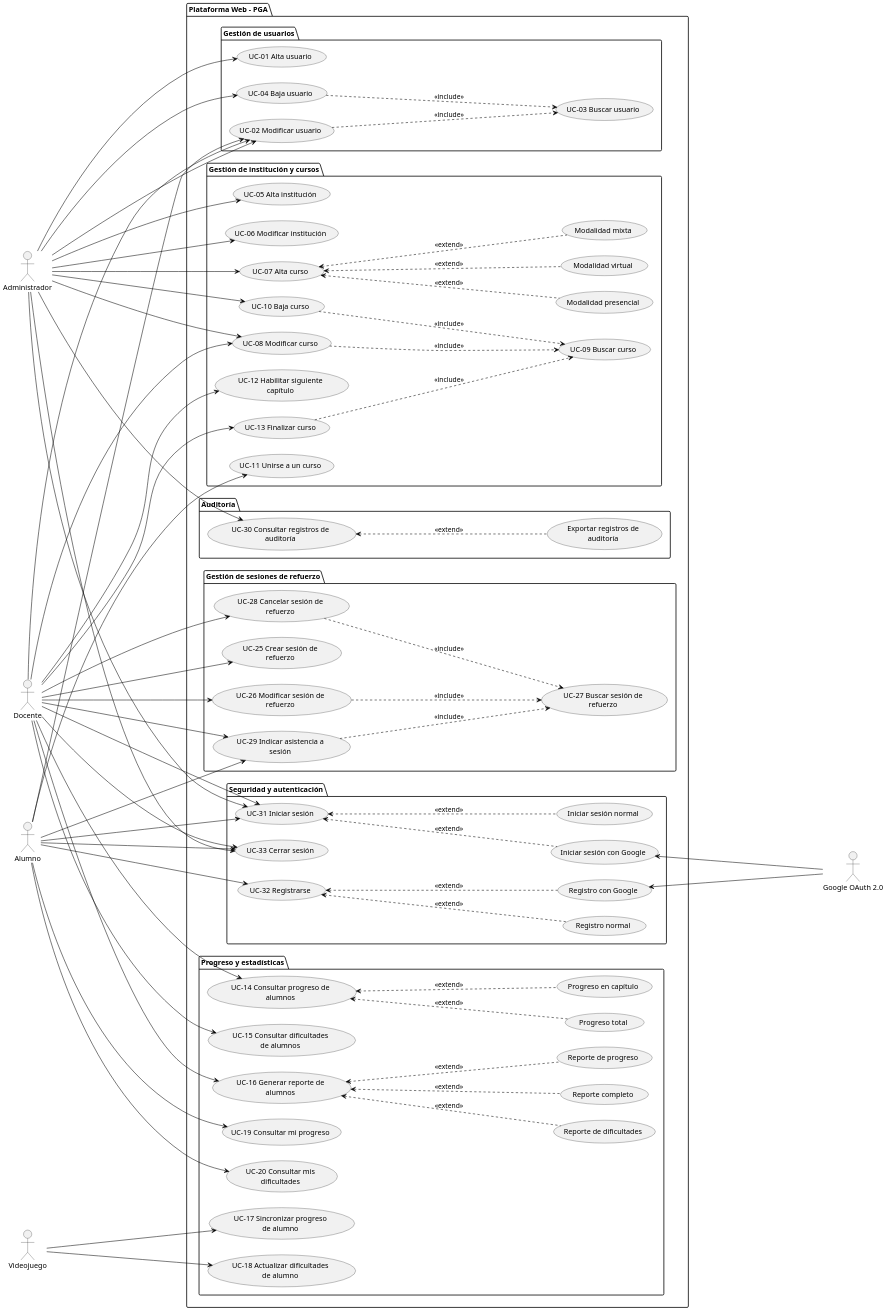
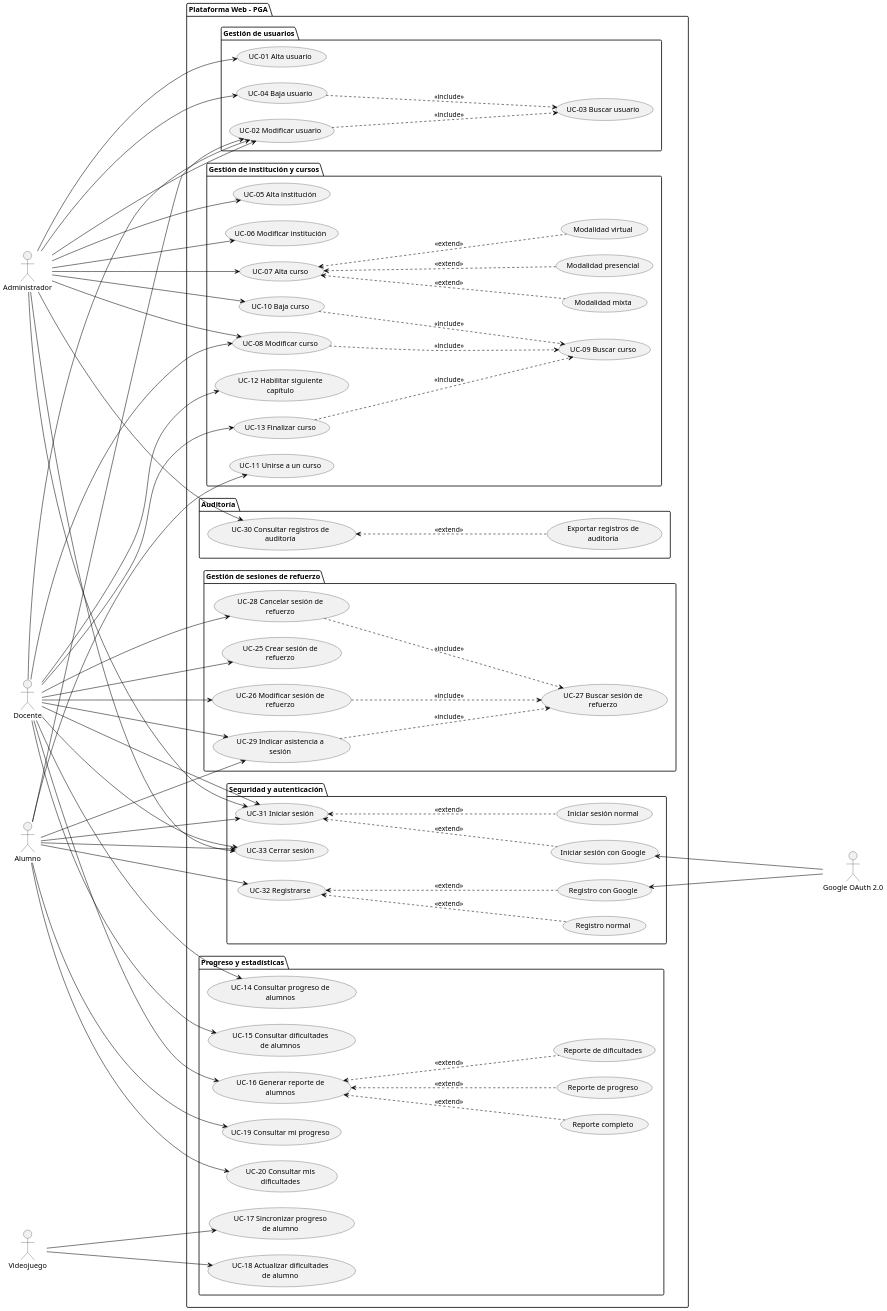
One commit to francoalbornoz2002/ASC-ProyectoAlgoritmia-TrabajoFinal changed the diagram in docs/requisitos/casos-de-uso/diagrama-casos-de-uso/dcu-expandido.puml. Above: the diagram before and after it, drawn with PlantUML. The commit also changed 7 other files, not shown here.

```diff
--- a/docs/requisitos/casos-de-uso/diagrama-casos-de-uso/dcu-expandido.puml
+++ b/docs/requisitos/casos-de-uso/diagrama-casos-de-uso/dcu-expandido.puml
@@ -1,159 +1,155 @@
 @startuml DCU_Expandido
 left to right direction
 
 skinparam dpi 150
 skinparam usecasePadding 25
 skinparam actorPadding 100
 skinparam packagePadding 20
 skinparam wrapWidth 200
 
 skinparam nodesep 30
 skinparam ranksep 300
 
 skinparam ArrowThickness 1
 skinparam ArrowColor Black
 
 
 actor Administrador
 actor Docente
 actor Alumno
 actor "Google OAuth 2.0" as GoogleOAuth2
 actor Videojuego
 
 package "Plataforma Web - PGA"{
   'Subsistemas'
   package "Gestión de usuarios" {
     usecase "UC-01 Alta usuario" as UC01
     usecase "UC-02 Modificar usuario" as UC02
     usecase "UC-03 Buscar usuario" as UC03
     usecase "UC-04 Baja usuario" as UC04
 
     'Relaciones'
     Administrador --> UC01
     Administrador --> UC02
     Alumno --> UC02
     Docente --> UC02
     UC02 ..> UC03 : <<include>>
     Administrador --> UC04
     UC04 ..> UC03 : <<include>>
   }
 
   package "Gestión de institución y cursos" {
     usecase "UC-05 Alta institución" as UC05
     usecase "UC-06 Modificar institución" as UC06
     usecase "UC-07 Alta curso" as UC07
     usecase "Modalidad presencial" as UC07A
     usecase "Modalidad virtual" as UC07B
     usecase "Modalidad mixta" as UC07C
     usecase "UC-08 Modificar curso" as UC08
     usecase "UC-09 Buscar curso" as UC09
     usecase "UC-10 Baja curso" as UC10
     usecase "UC-11 Unirse a un curso" as UC11
     usecase "UC-12 Habilitar siguiente capítulo" as UC12
     usecase "UC-13 Finalizar curso" as UC13
 
     'Relaciones'
     'AM Institución
     Administrador --> UC05
     Administrador --> UC06
     'ABM Cursos
     Administrador --> UC07
     UC07 <.. UC07A : <<extend>>
     UC07 <.. UC07B : <<extend>>
     UC07 <.. UC07C : <<extend>>
     Administrador --> UC08
     Docente --> UC08
     Administrador --> UC10
     UC08 ..> UC09 : <<include>>
     UC10 ..> UC09 : <<include>>
     'Unirse a curso
     Alumno --> UC11
     'Habilitar capítulo
     Docente --> UC12
     Docente --> UC13
     UC13 ..> UC09 : <<include>>
   }
 
   package "Progreso y estadísticas" {
     usecase "UC-14 Consultar progreso de alumnos" as UC14
-    usecase "Progreso total" as UC14A
-    usecase "Progreso en capítulo" as UC14B
     usecase "UC-15 Consultar dificultades de alumnos" as UC15
     usecase "UC-16 Generar reporte de alumnos" as UC16
     usecase "Reporte de progreso" as UC16A
     usecase "Reporte de dificultades" as UC16B
     usecase "Reporte completo" as UC16C
     usecase "UC-17 Sincronizar progreso de alumno" as UC17
     usecase "UC-18 Actualizar dificultades de alumno" as UC18
     usecase "UC-19 Consultar mi progreso" as UC19
     usecase "UC-20 Consultar mis dificultades" as UC20
 
     'Relaciones'
     Docente --> UC14
-    UC14 <.. UC14A : <<extend>>
-    UC14 <.. UC14B : <<extend>>
     Docente --> UC15
     Docente --> UC16
     UC16 <.. UC16A : <<extend>>
     UC16 <.. UC16B : <<extend>>
     UC16 <.. UC16C : <<extend>>
     Videojuego --> UC17
     Videojuego --> UC18
     Alumno --> UC19
     Alumno --> UC20
   }
 
   package "Gestión de sesiones de refuerzo" {
     usecase "UC-25 Crear sesión de refuerzo" as UC25
     usecase "UC-26 Modificar sesión de refuerzo" as UC26
     usecase "UC-27 Buscar sesión de refuerzo" as UC27
     usecase "UC-28 Cancelar sesión de refuerzo" as UC28
     usecase "UC-29 Indicar asistencia a sesión" as UC29
 
     'Relaciones'
     Docente --> UC25
     Docente --> UC26
     Docente --> UC28
     UC26 ..> UC27 : <<include>>
     UC28 ..> UC27 : <<include>>
     Docente --> UC29
     Alumno --> UC29
     UC29 ..> UC27 : <<include>>
   }
 
   package "Auditoría" {
     usecase "UC-30 Consultar registros de auditoría" as UC30
     usecase "Exportar registros de auditoría" as UC30A
 
     'Relaciones'
     Administrador --> UC30
     UC30 <.. UC30A : <<extend>>
   }
 
   package "Seguridad y autenticación" {
     usecase "UC-31 Iniciar sesión" as UC31
     usecase "Iniciar sesión normal" as UC31A
     usecase "Iniciar sesión con Google" as UC31B
     usecase "UC-32 Registrarse" as UC32
     usecase "Registro normal" as UC32A
     usecase "Registro con Google" as UC32B
     usecase "UC-33 Cerrar sesión" as UC33
 
     'Relaciones'
     Administrador --> UC31
     Administrador --> UC33
     Docente --> UC31
     Docente --> UC33
     Alumno --> UC31
     Alumno --> UC32
     Alumno --> UC33
     UC31 <.. UC31A : <<extend>>
     UC31 <.. UC31B : <<extend>>
     UC32 <.. UC32A : <<extend>>
     UC32 <.. UC32B : <<extend>>
     GoogleOAuth2 -up-> UC31B
     GoogleOAuth2 -up-> UC32B
   }
 
 }
 @enduml
```
